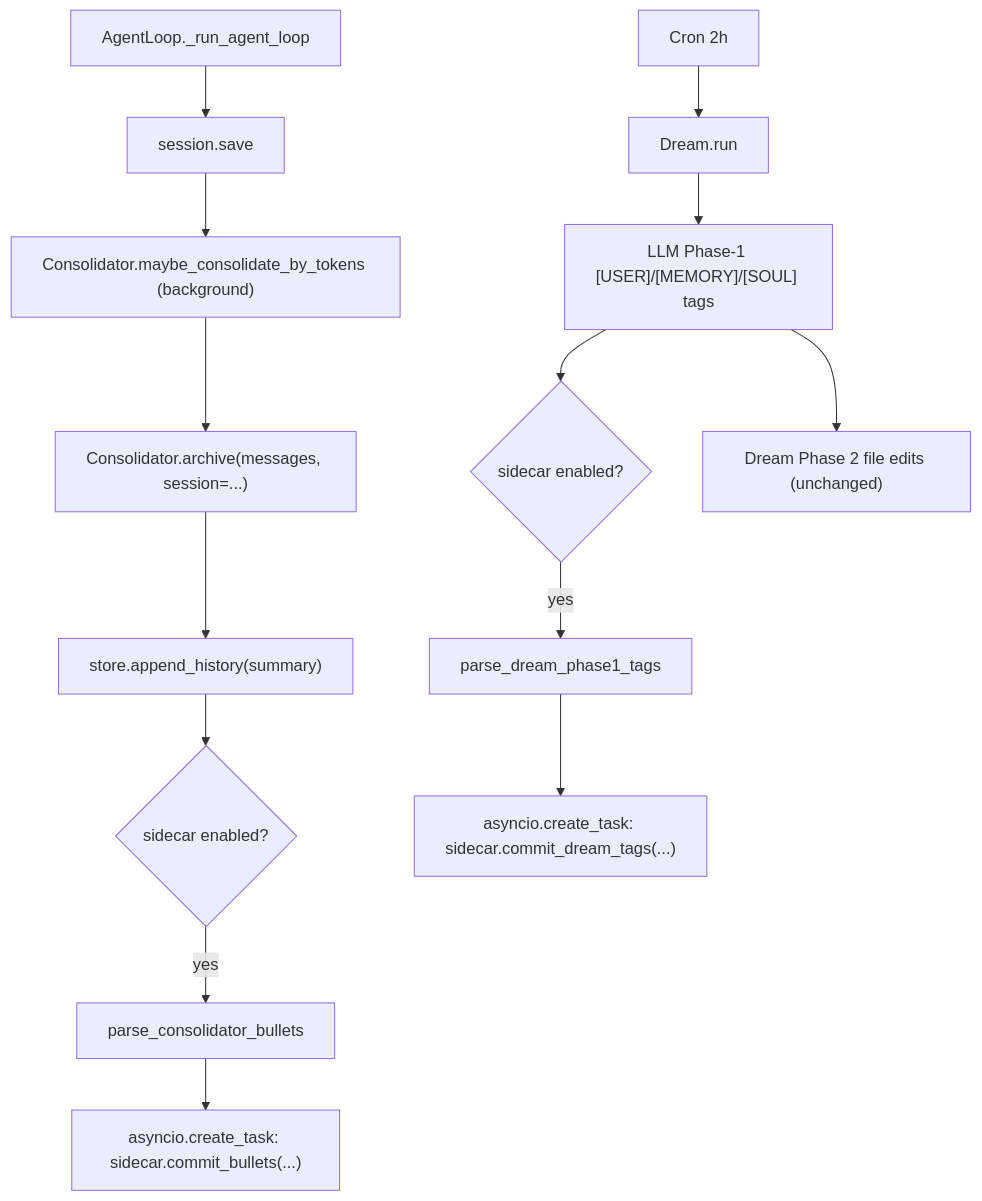
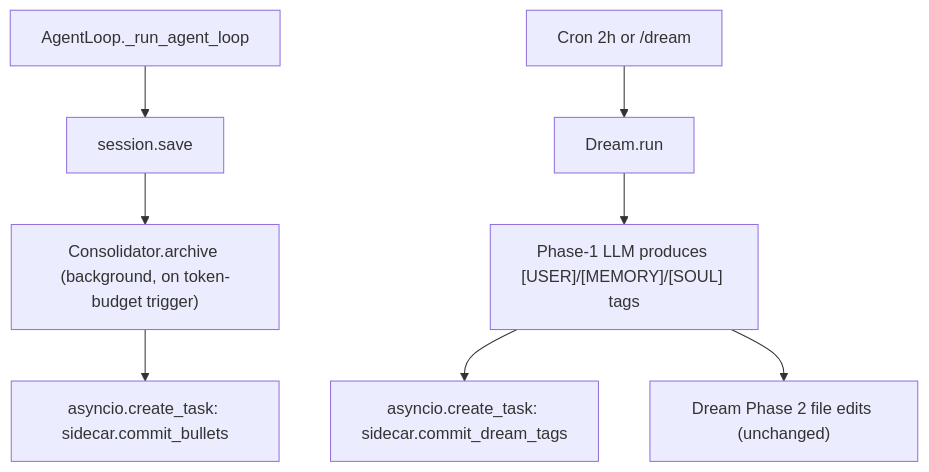
One commit to LarFii/nanobot changed the second of 2 diagrams in nanobot/agent/mgp/README.md. Above: the diagram before and after it, drawn with Mermaid. The commit also changed other lines of this file and 7 other files, not shown here.

First line of the commit message:
refactor(mgp): decouple Consolidator/Dream from sidecar; trim docs and surface

````diff
--- a/nanobot/agent/mgp/README.md
+++ b/nanobot/agent/mgp/README.md
@@ -80,17 +53,11 @@
 ```mermaid
 flowchart TD
   AgentRun["AgentLoop._run_agent_loop"] --> SaveTurn["session.save"]
-  SaveTurn --> ConsolBg["Consolidator.maybe_consolidate_by_tokens (background)"]
-  ConsolBg --> Archive["Consolidator.archive(messages, session=...)"]
-  Archive --> AppendHistory["store.append_history(summary)"]
-  AppendHistory --> CommitB{"sidecar enabled?"}
-  CommitB -->|"yes"| ParseBullets["parse_consolidator_bullets"]
-  ParseBullets --> WriteMGP1["asyncio.create_task: sidecar.commit_bullets(...)"]
+  SaveTurn --> Consol["Consolidator.archive (background, on token-budget trigger)"]
+  Consol --> CommitB["asyncio.create_task: sidecar.commit_bullets"]
 
-  CronTick["Cron 2h"] --> DreamRun["Dream.run"]
-  DreamRun --> Phase1["LLM Phase-1 [USER]/[MEMORY]/[SOUL] tags"]
-  Phase1 --> CommitC{"sidecar enabled?"}
-  CommitC -->|"yes"| ParseTags["parse_dream_phase1_tags"]
-  ParseTags --> WriteMGP2["asyncio.create_task: sidecar.commit_dream_tags(...)"]
+  CronTick["Cron 2h or /dream"] --> DreamRun["Dream.run"]
+  DreamRun --> Phase1["Phase-1 LLM produces [USER]/[MEMORY]/[SOUL] tags"]
+  Phase1 --> CommitC["asyncio.create_task: sidecar.commit_dream_tags"]
   Phase1 --> Phase2["Dream Phase 2 file edits (unchanged)"]
 ```
````
